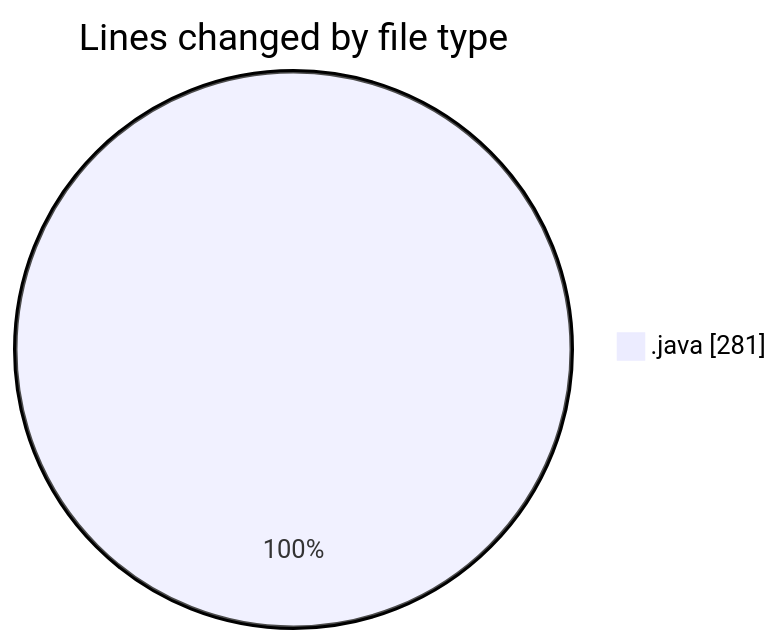
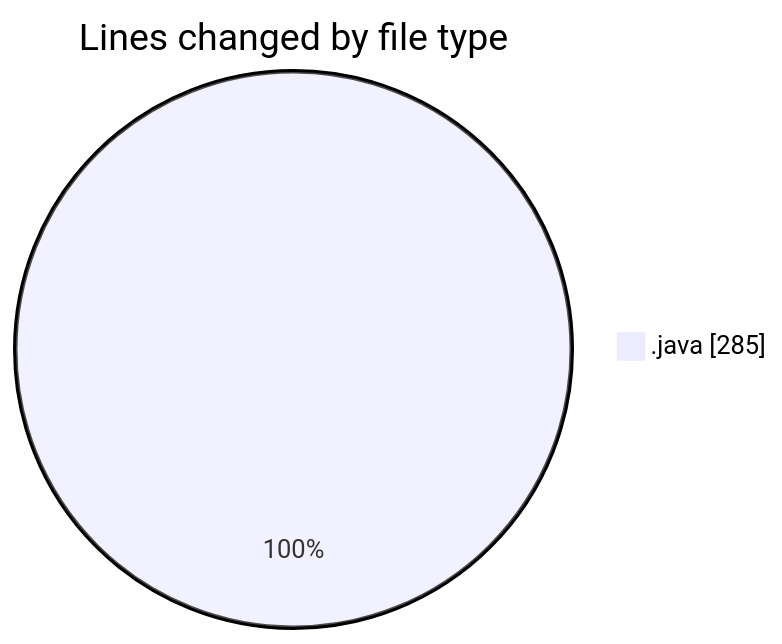
Before and after one commit to NitaiMahat/code-tracking: the first of 2 diagrams in 2025-03-08/computer_202/README.md, drawn with Mermaid. The commit also changed other lines of this file and 1 other file, not shown here.

````diff
--- a/2025-03-08/computer_202/README.md
+++ b/2025-03-08/computer_202/README.md
@@ -27,5 +28,5 @@
 ```mermaid
 pie showData
 title Lines changed by file type
-".java" : 281
+".java" : 285
 ```
````
